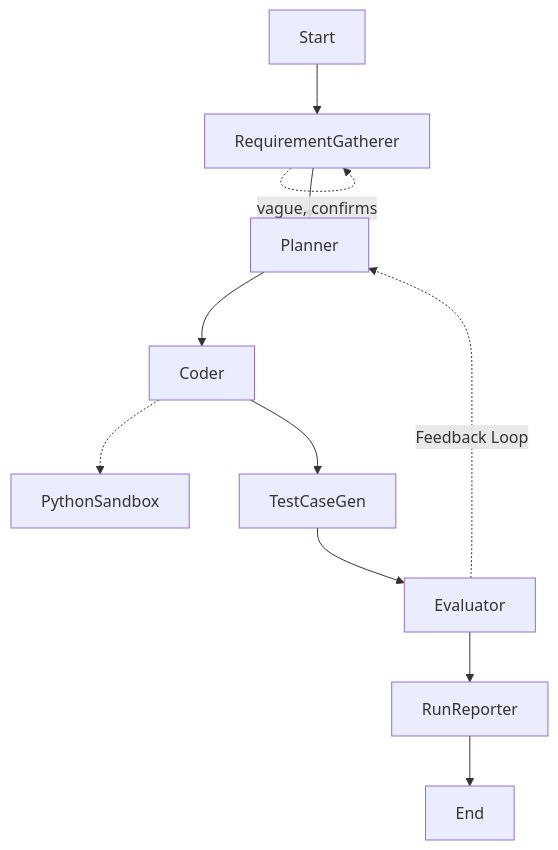
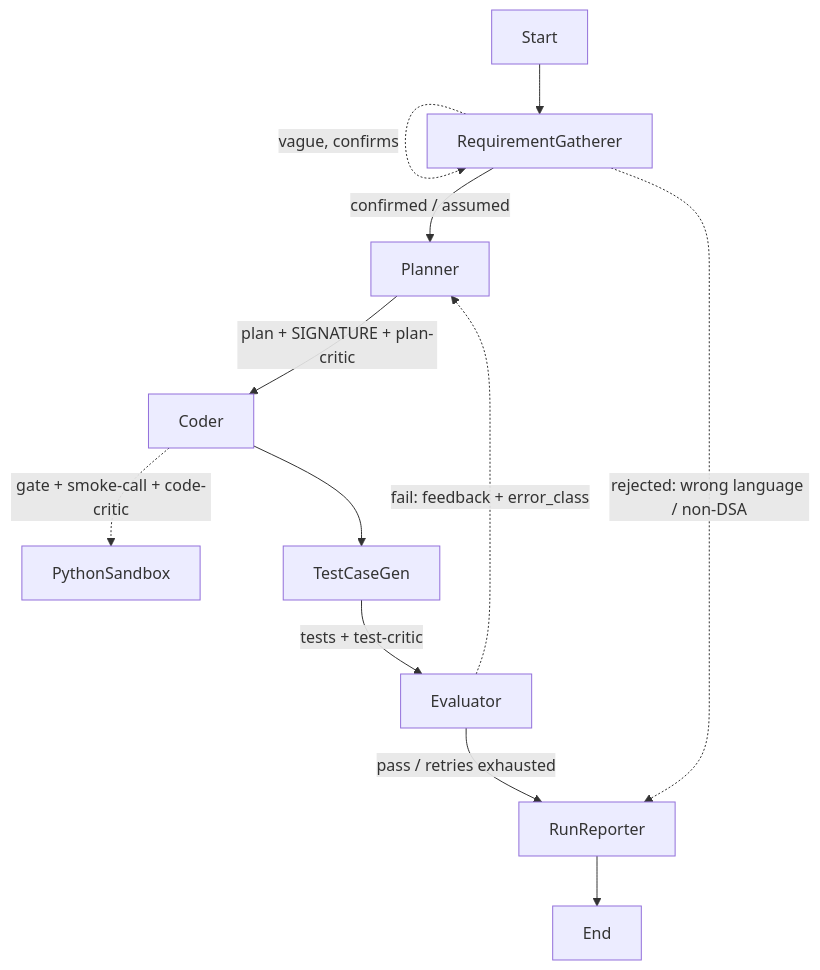
Before and after one commit to kuralamuthan300/leetcode_agent: the diagram in plan/architecture.md, drawn with Mermaid.

Commit message:
Docs: diagram shows rejection edge, critics, gate, error_class loop

````diff
--- a/plan/architecture.md
+++ b/plan/architecture.md
@@ -19,13 +19,14 @@
 ```mermaid
 graph TD
     Start --> RequirementGatherer
     RequirementGatherer -.->|vague, confirms| RequirementGatherer
-    RequirementGatherer --> Planner
-    Planner --> Coder
-    Coder -.-> PythonSandbox
+    RequirementGatherer -->|confirmed / assumed| Planner
+    RequirementGatherer -.->|rejected: wrong language / non-DSA| RunReporter
+    Planner -->|plan + SIGNATURE + plan-critic| Coder
+    Coder -.->|gate + smoke-call + code-critic| PythonSandbox
     Coder --> TestCaseGen
-    TestCaseGen --> Evaluator
-    Evaluator -.->|Feedback Loop| Planner
-    Evaluator --> RunReporter
+    TestCaseGen -->|tests + test-critic| Evaluator
+    Evaluator -.->|fail: feedback + error_class| Planner
+    Evaluator -->|pass / retries exhausted| RunReporter
     RunReporter --> End
 ```
````
